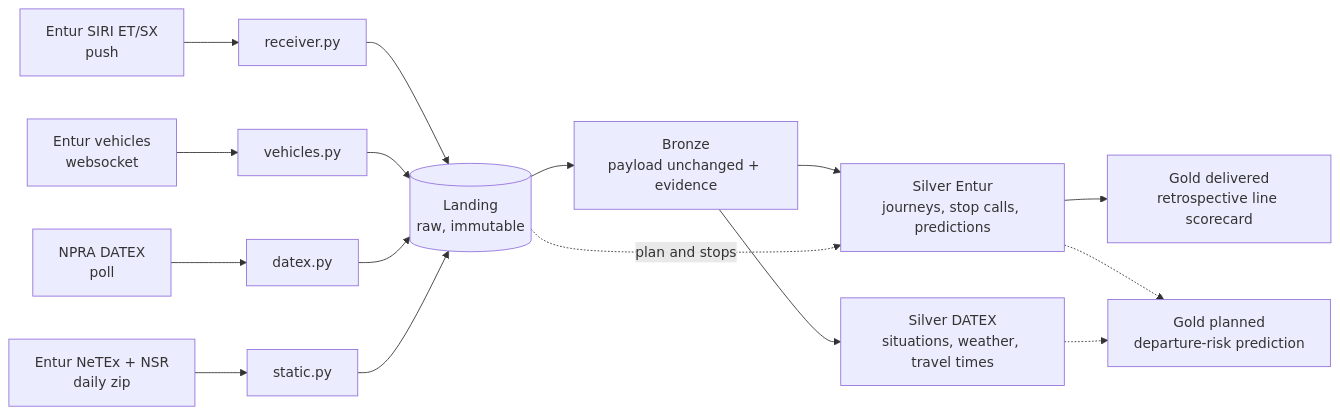
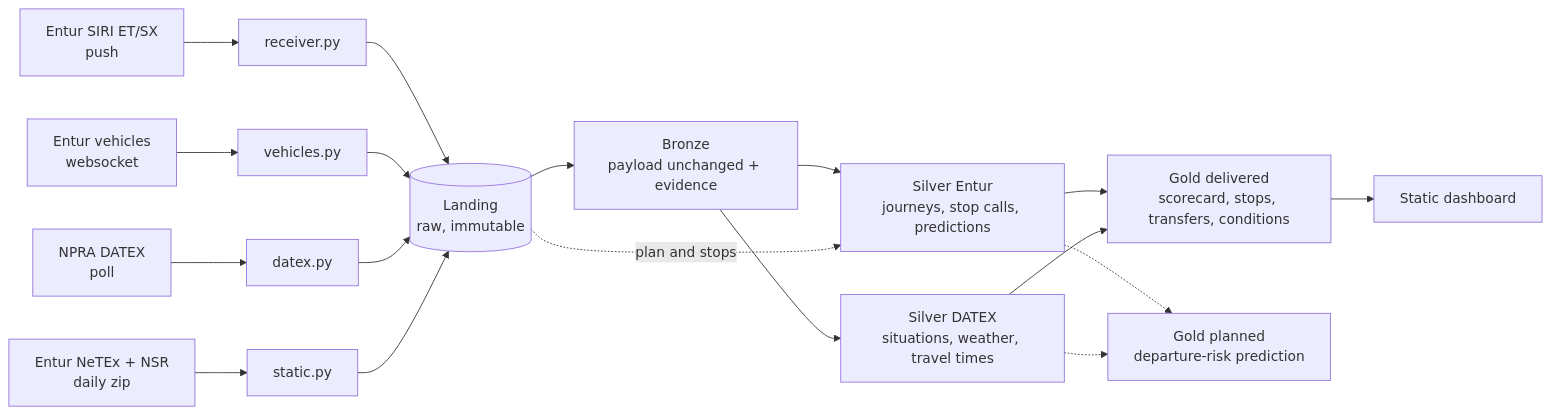
The diagram in docs/report/overview.md (DanyGoT/dat535-group21), drawn with Mermaid before and after one commit. The commit also changed other lines of this file and 25 other files, not shown here.

Commit message:
feat(gold): stop map, transfer chances and road conditions with a static dashboard

````diff
--- a/docs/report/overview.md
+++ b/docs/report/overview.md
@@ -17,16 +17,18 @@
 ```mermaid
 flowchart LR
     E[Entur SIRI ET/SX<br/>push] --> R[receiver.py]
     V[Entur vehicles<br/>websocket] --> W[vehicles.py]
     N[NPRA DATEX<br/>poll] --> D[datex.py]
     T[Entur NeTEx + NSR<br/>daily zip] --> S[static.py]
     R & W & D --> L[(Landing<br/>raw, immutable)]
     S --> L
     L --> B[Bronze<br/>payload unchanged + evidence]
     B --> SE[Silver Entur<br/>journeys, stop calls, predictions]
     B --> SD[Silver DATEX<br/>situations, weather, travel times]
     L -. plan and stops .-> SE
-    SE --> G[Gold delivered<br/>retrospective line scorecard]
+    SE --> G[Gold delivered<br/>scorecard, stops, transfers, conditions]
+    SD --> G
+    G --> DB[Static dashboard]
     SE -.-> P[Gold planned<br/>departure-risk prediction]
     SD -.-> P
 ```
````
